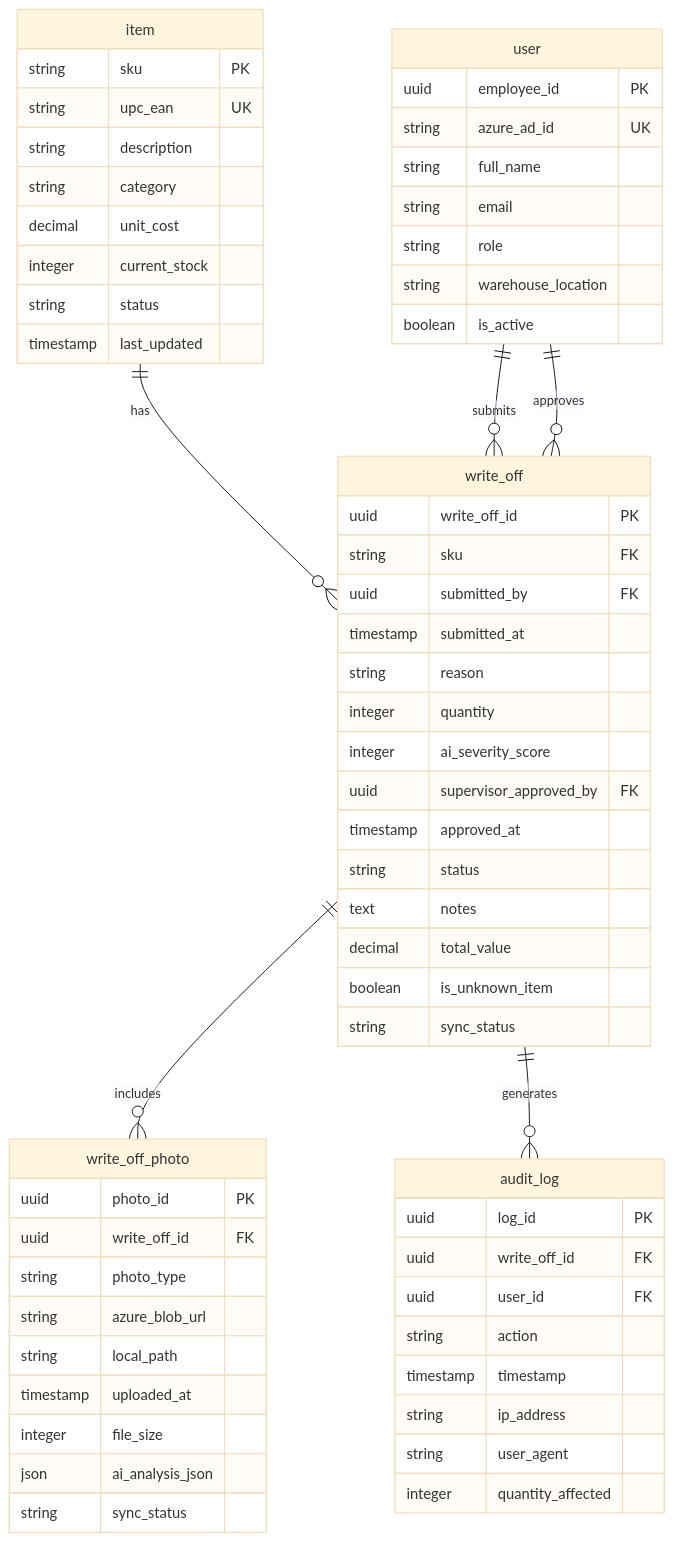
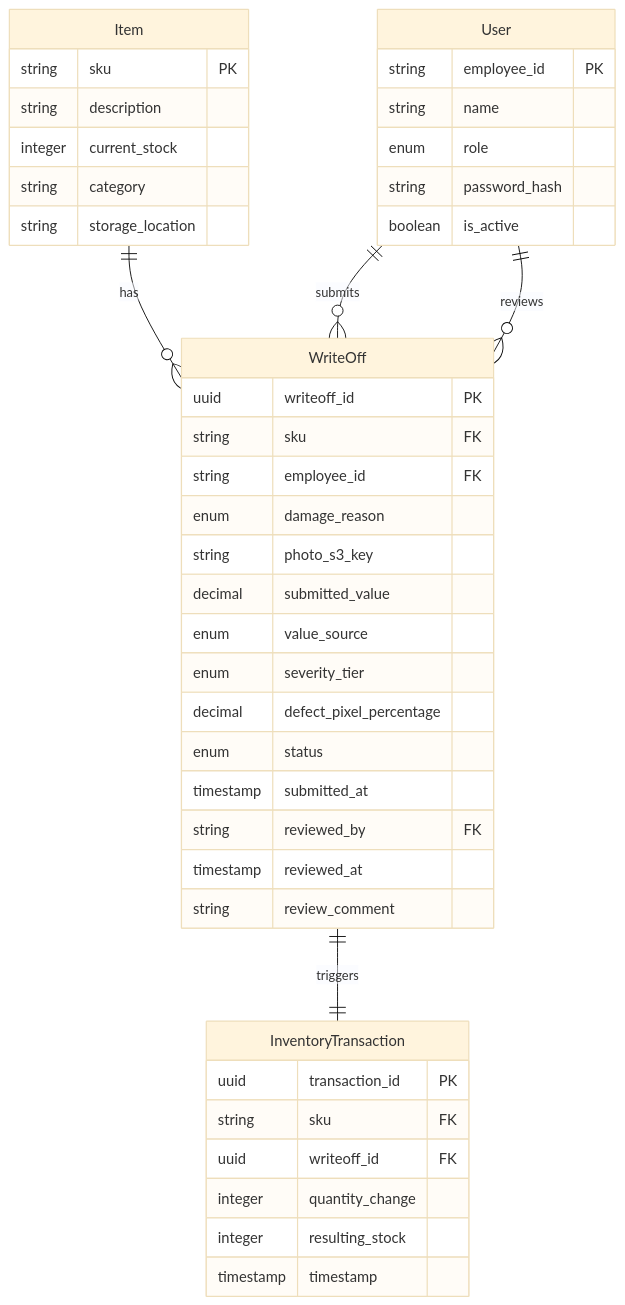
One commit to ronit-j-sdms1030/ai-factory-governance changed the diagram in requirements/6a967bf8e78da932e9f2e27a/brd/diagrams/schema.mmd. Above: the diagram before and after it, drawn with Mermaid (base theme). The commit also changed 2 other files, not shown here.

Commit message:
BRD: Damaged Stock Write-Off System

```diff
--- a/requirements/6a967bf8e78da932e9f2e27a/brd/diagrams/schema.mmd
+++ b/requirements/6a967bf8e78da932e9f2e27a/brd/diagrams/schema.mmd
@@ -1,67 +1,43 @@
 erDiagram
-    item ||--o{ write_off : "has"
-    write_off ||--o{ write_off_photo : "includes"
-    user ||--o{ write_off : "submits"
-    user ||--o{ write_off : "approves"
-    write_off ||--o{ audit_log : "generates"
-    
-    item {
+    Item ||--o{ WriteOff : "has"
+    Item {
         string sku PK
-        string upc_ean UK
         string description
+        integer current_stock
         string category
-        decimal unit_cost
-        integer current_stock
-        string status
-        timestamp last_updated
+        string storage_location
     }
-    
-    write_off {
-        uuid write_off_id PK
-        string sku FK
-        uuid submitted_by FK
-        timestamp submitted_at
-        string reason
-        integer quantity
-        integer ai_severity_score
-        uuid supervisor_approved_by FK
-        timestamp approved_at
-        string status
-        text notes
-        decimal total_value
-        boolean is_unknown_item
-        string sync_status
-    }
-    
-    write_off_photo {
-        uuid photo_id PK
-        uuid write_off_id FK
-        string photo_type
-        string azure_blob_url
-        string local_path
-        timestamp uploaded_at
-        integer file_size
-        json ai_analysis_json
-        string sync_status
-    }
-    
-    user {
-        uuid employee_id PK
-        string azure_ad_id UK
-        string full_name
-        string email
-        string role
-        string warehouse_location
+    User ||--o{ WriteOff : "submits"
+    User {
+        string employee_id PK
+        string name
+        enum role
+        string password_hash
         boolean is_active
     }
-    
-    audit_log {
-        uuid log_id PK
-        uuid write_off_id FK
-        uuid user_id FK
-        string action
+    WriteOff ||--|| InventoryTransaction : "triggers"
+    WriteOff {
+        uuid writeoff_id PK
+        string sku FK
+        string employee_id FK
+        enum damage_reason
+        string photo_s3_key
+        decimal submitted_value
+        enum value_source
+        enum severity_tier
+        decimal defect_pixel_percentage
+        enum status
+        timestamp submitted_at
+        string reviewed_by FK
+        timestamp reviewed_at
+        string review_comment
+    }
+    InventoryTransaction {
+        uuid transaction_id PK
+        string sku FK
+        uuid writeoff_id FK
+        integer quantity_change
+        integer resulting_stock
         timestamp timestamp
-        string ip_address
-        string user_agent
-        integer quantity_affected
     }
+    User ||--o{ WriteOff : "reviews"
```
